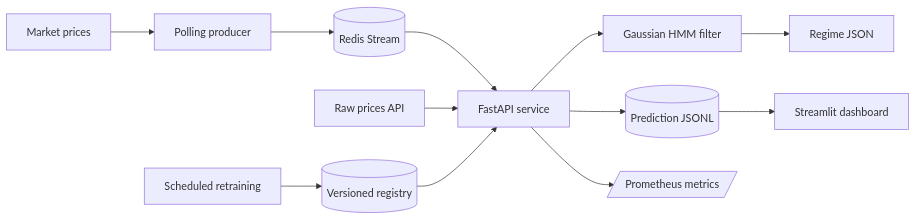
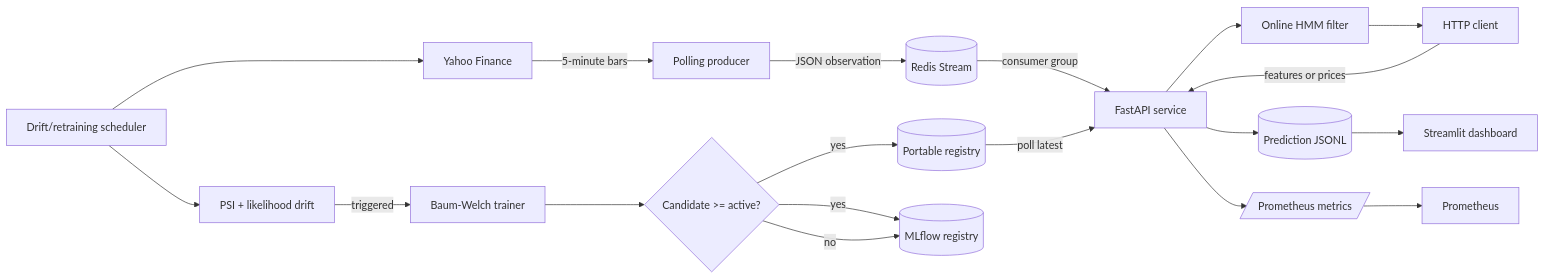
Before and after one commit to sonalrajapaksha/market_regime_hmm: the first of 3 diagrams in README.md, drawn with Mermaid. The commit also changed other lines of this file and 5 other files, not shown here.

Commit message:
Harden Compose stack and document system architecture

````diff
--- a/README.md
+++ b/README.md
@@ -10,14 +67,21 @@
 ```mermaid
 flowchart LR
-    P[Market prices] --> Poller[Polling producer]
-    Poller --> Redis[(Redis Stream)]
-    Redis --> API[FastAPI service]
-    Prices[Raw prices API] --> API
-    API --> HMM[Gaussian HMM filter]
-    HMM --> Response[Regime JSON]
-    API --> Log[(Prediction JSONL)]
-    Log --> Dashboard[Streamlit dashboard]
+    Yahoo[Yahoo Finance] -->|5-minute bars| Poller[Polling producer]
+    Poller -->|JSON observation| Redis[(Redis Stream)]
+    Redis -->|consumer group| API[FastAPI service]
+    Client[HTTP client] -->|features or prices| API
+    API --> Filter[Online HMM filter]
+    Filter --> Client
+    API --> Journal[(Prediction JSONL)]
+    Journal --> Dashboard[Streamlit dashboard]
     API --> Metrics[/Prometheus metrics/]
-    Scheduler[Scheduled retraining] --> Registry[(Versioned registry)]
-    Registry --> API
+    Metrics --> Prometheus[Prometheus]
+    Scheduler[Drift/retraining scheduler] --> Yahoo
+    Scheduler --> Drift[PSI + likelihood drift]
+    Drift -->|triggered| Trainer[Baum-Welch trainer]
+    Trainer --> Gate{Candidate >= active?}
+    Gate -->|yes| Registry[(Portable registry)]
+    Gate -->|yes| MLflow[(MLflow registry)]
+    Gate -->|no| MLflow
+    Registry -->|poll latest| API
 ```
````
